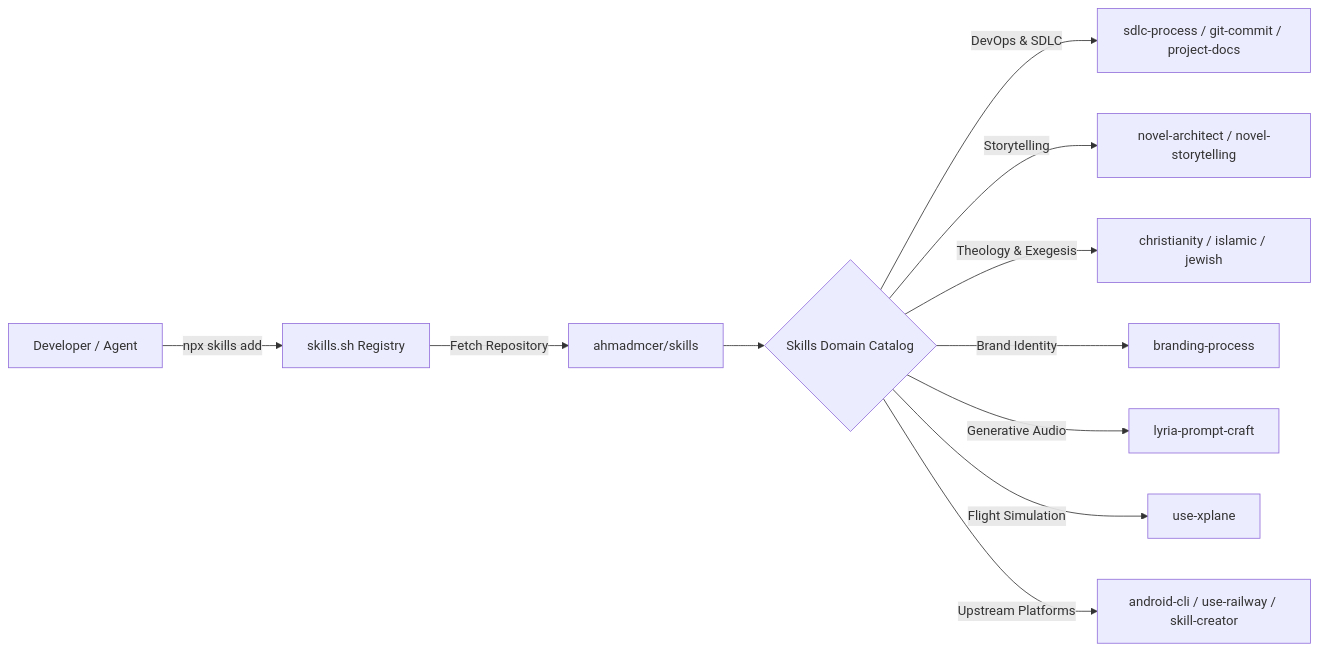
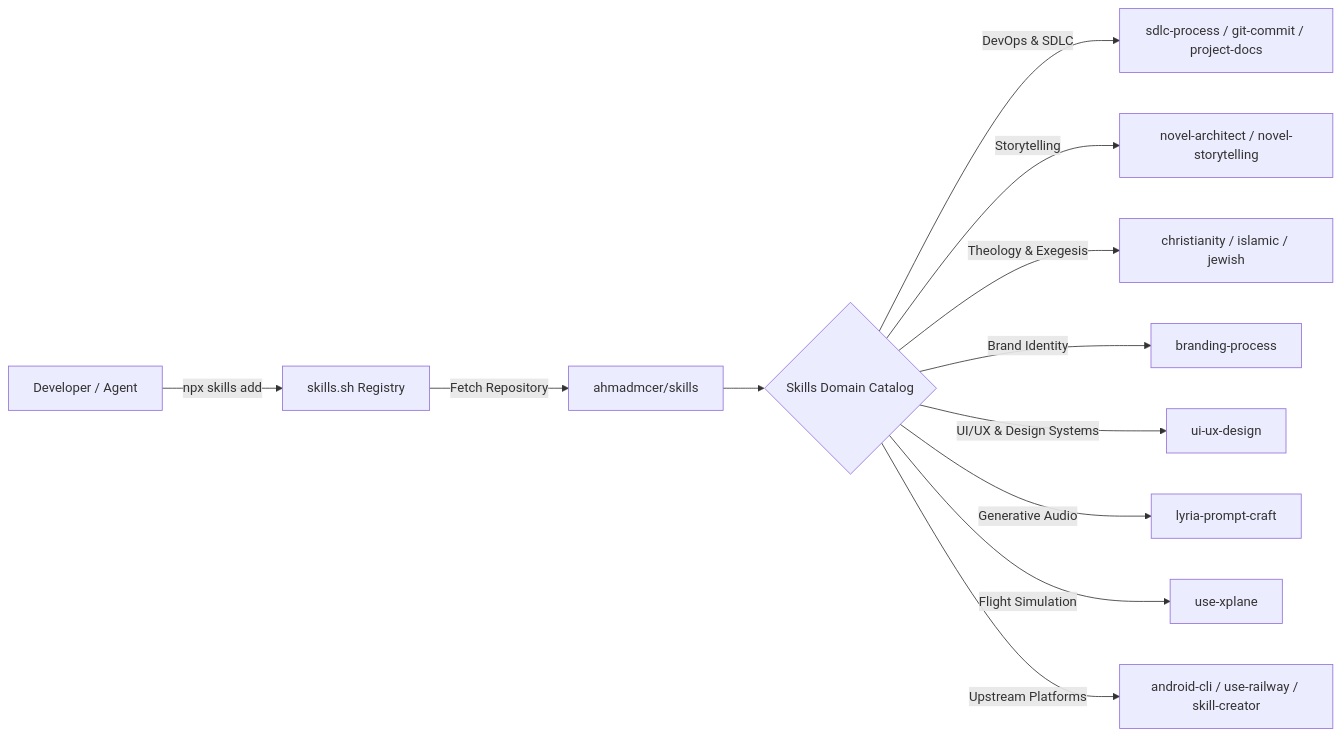
One commit to ahmadmcer/skills changed the diagram in README.md. Above: the diagram before and after it, drawn with Mermaid. The commit also changed other lines of this file and 11 other files, not shown here.

````diff
--- a/README.md
+++ b/README.md
@@ -17,13 +17,14 @@
 ```mermaid
 flowchart LR
     A["Developer / Agent"] -->|npx skills add| B["skills.sh Registry"]
     B -->|Fetch Repository| C["ahmadmcer/skills"]
     C --> D{"Skills Domain Catalog"}
     D -->|DevOps & SDLC| E["sdlc-process / git-commit / project-docs"]
     D -->|Storytelling| F["novel-architect / novel-storytelling"]
     D -->|Theology & Exegesis| G["christianity / islamic / jewish"]
     D -->|Brand Identity| H["branding-process"]
+    D -->|UI/UX & Design Systems| L["ui-ux-design"]
     D -->|Generative Audio| I["lyria-prompt-craft"]
     D -->|Flight Simulation| K["use-xplane"]
     D -->|Upstream Platforms| J["android-cli / use-railway / skill-creator"]
 ```
````
